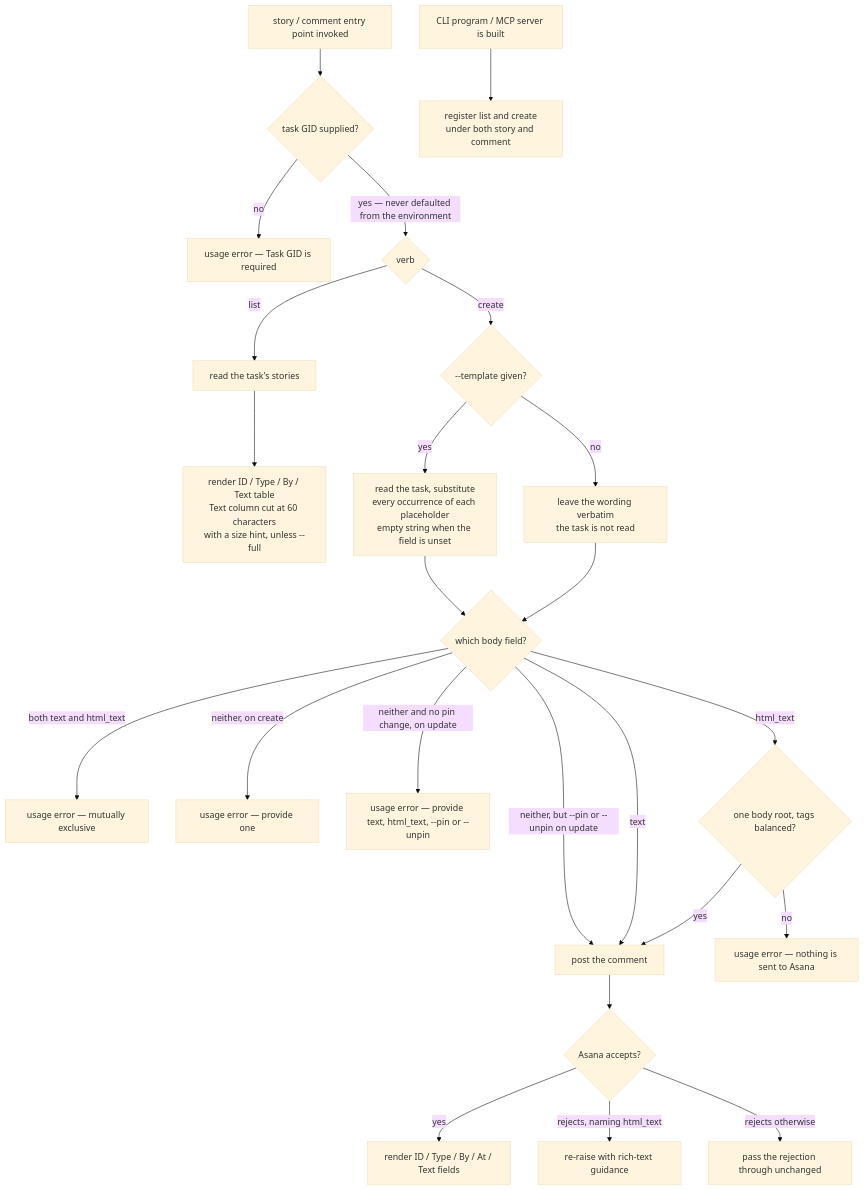
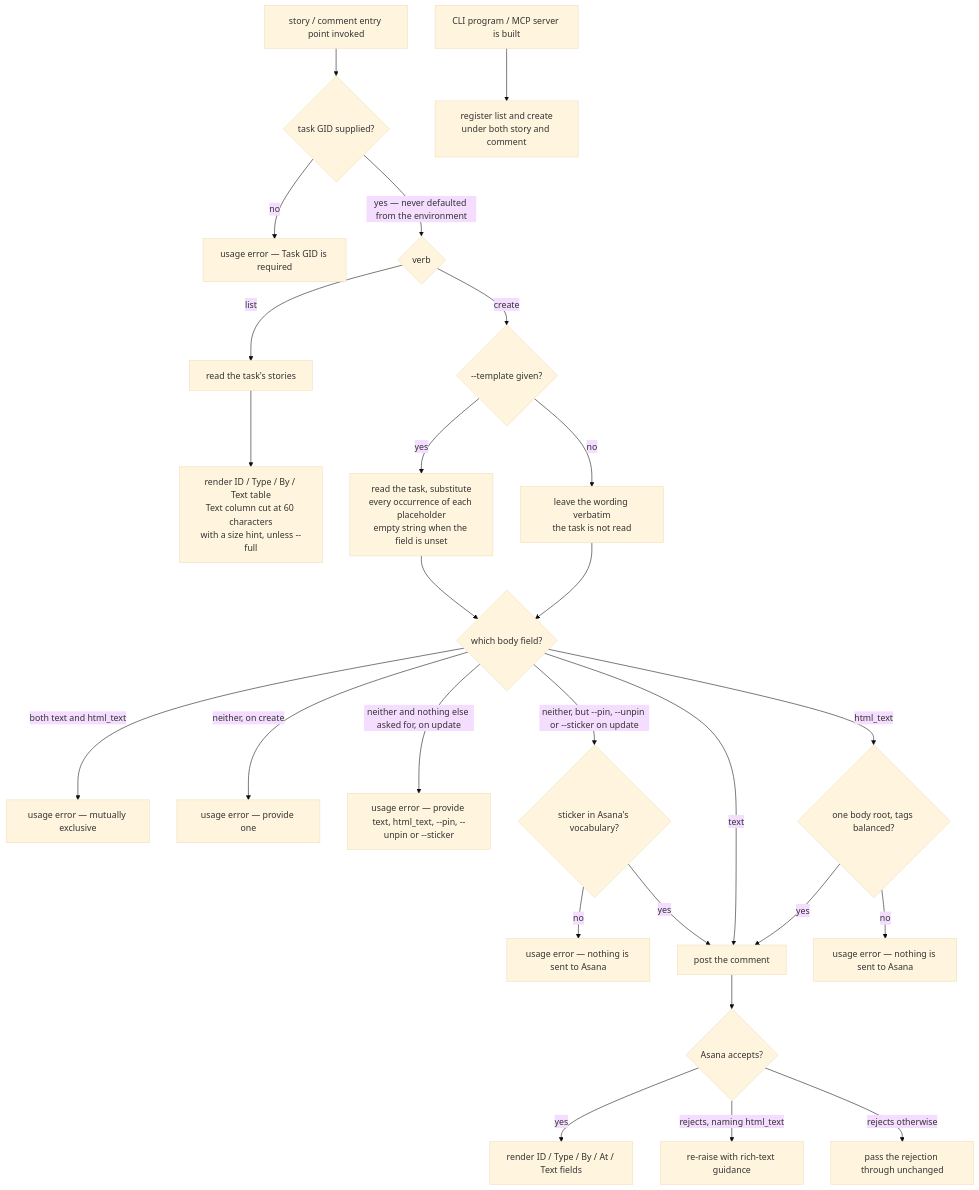
The diagram in packages/cyber-asana/.agents/spec/stories/README.md (cyberuni/asana-agent), drawn with Mermaid (base theme) before and after one commit. The commit also changed other lines of this file and 11 other files, not shown here.

````diff
--- a/packages/cyber-asana/.agents/spec/stories/README.md
+++ b/packages/cyber-asana/.agents/spec/stories/README.md
@@ -80,29 +81,31 @@
 ```mermaid
 graph TD
   S[story / comment entry point invoked] --> T{task GID supplied?}
   T -->|no| TE[usage error — Task GID is required]
   T -->|yes — never defaulted from the environment| V{verb}
 
   V -->|list| LP[read the task's stories]
   LP --> LR[render ID / Type / By / Text table<br/>Text column cut at 60 characters<br/>with a size hint, unless --full]
 
   V -->|create| C{--template given?}
   C -->|yes| CT[read the task, substitute<br/>every occurrence of each placeholder<br/>empty string when the field is unset]
   C -->|no| CF[leave the wording verbatim<br/>the task is not read]
   CT --> W{which body field?}
   CF --> W
   W -->|both text and html_text| WB[usage error — mutually exclusive]
   W -->|neither, on create| WN[usage error — provide one]
-  W -->|neither and no pin change, on update| WU[usage error — provide text, html_text, --pin or --unpin]
-  W -->|neither, but --pin or --unpin on update| P
+  W -->|neither and nothing else asked for, on update| WU[usage error — provide text, html_text, --pin, --unpin or --sticker]
+  W -->|neither, but --pin, --unpin or --sticker on update| SK{sticker in Asana's vocabulary?}
+  SK -->|no| SE[usage error — nothing is sent to Asana]
+  SK -->|yes| P
   W -->|text| P[post the comment]
   W -->|html_text| H{one body root, tags balanced?}
   H -->|no| HE[usage error — nothing is sent to Asana]
   H -->|yes| P
   P --> R{Asana accepts?}
   R -->|yes| CR[render ID / Type / By / At / Text fields]
   R -->|rejects, naming html_text| RE[re-raise with rich-text guidance]
   R -->|rejects otherwise| RP[pass the rejection through unchanged]
 
   A[CLI program / MCP server is built] --> AB[register list and create<br/>under both story and comment]
 ```
````
